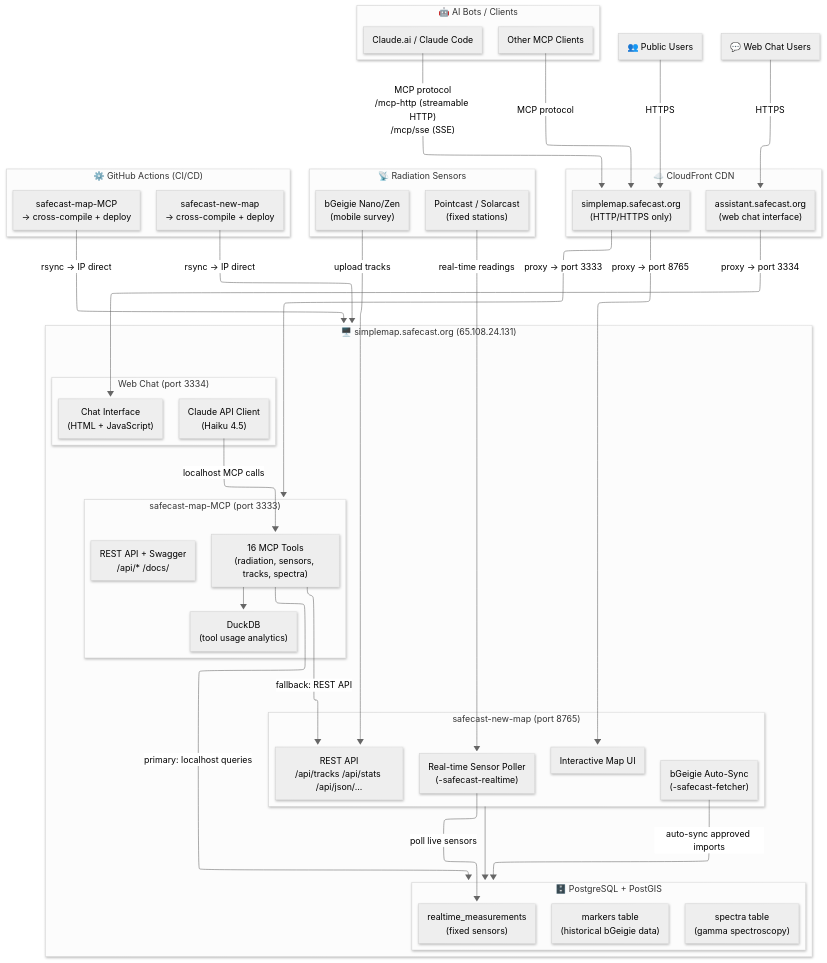
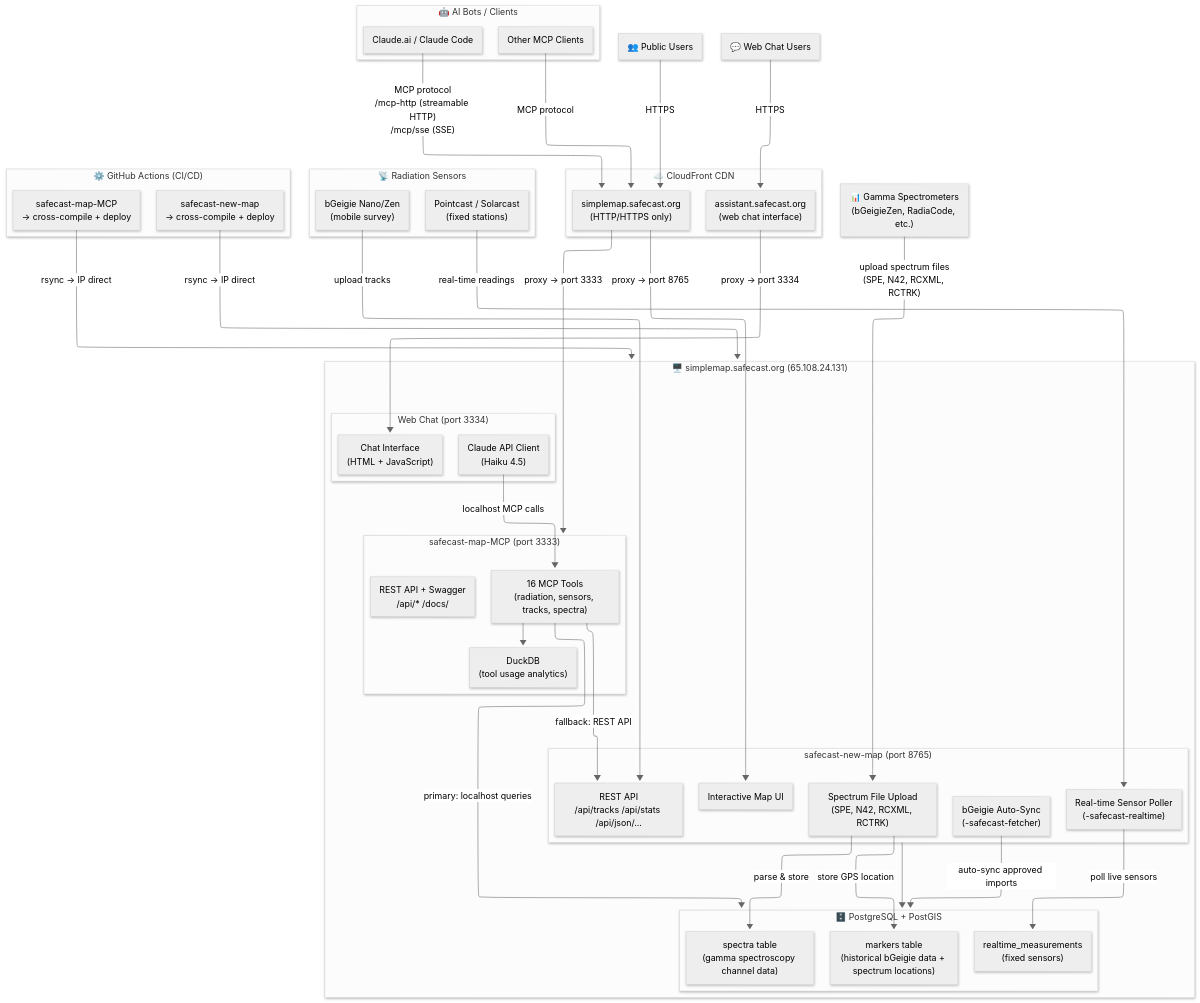
One commit to Safecast/safecast-map-MCP changed the diagram in docs/ARCHITECTURE.md. Above: the diagram before and after it, drawn with Mermaid. The commit also changed other lines of this file and 2 other files, not shown here.

Commit message:
feat: Document gamma spectroscopy spectrum file upload, processing, and storage within the system architecture. Entire-Checkpoint: 0481df55f17d

````diff
--- a/docs/ARCHITECTURE.md
+++ b/docs/ARCHITECTURE.md
@@ -9,69 +9,73 @@
 ```mermaid
 ---
 config:
   layout: elk
   theme: neutral
   look: neo
 ---
 flowchart TB
  subgraph AI["🤖 AI Bots / Clients"]
         Claude["Claude.ai / Claude Code"]
         Other["Other MCP Clients"]
   end
  subgraph CDN["☁️ CloudFront CDN"]
         CF["simplemap.safecast.org\n(HTTP/HTTPS only)"]
         Assistant["assistant.safecast.org\n(web chat interface)"]
   end
  subgraph MCP["safecast-map-MCP (port 3333)"]
         MCPTools["16 MCP Tools\n(radiation, sensors, tracks, spectra)"]
         REST_MCP["REST API + Swagger\n/api/* /docs/"]
         DuckDB["DuckDB\n(tool usage analytics)"]
   end
  subgraph MapServer["safecast-new-map (port 8765)"]
         MapUI["Interactive Map UI"]
         REST_Map["REST API\n/api/tracks /api/stats /api/json/..."]
         Fetcher["bGeigie Auto-Sync\n(-safecast-fetcher)"]
         RTPoller["Real-time Sensor Poller\n(-safecast-realtime)"]
+        SpectraUpload["Spectrum File Upload\n(SPE, N42, RCXML, RCTRK)"]
   end
  subgraph DB["🗄️ PostgreSQL + PostGIS"]
-        markers["markers table\n(historical bGeigie data)"]
+        markers["markers table\n(historical bGeigie data + spectrum locations)"]
         realtime["realtime_measurements\n(fixed sensors)"]
-        spectra["spectra table\n(gamma spectroscopy)"]
+        spectra["spectra table\n(gamma spectroscopy channel data)"]
   end
  subgraph WebChat["Web Chat (port 3334)"]
         ChatUI["Chat Interface\n(HTML + JavaScript)"]
         ClaudeAPI["Claude API Client\n(Haiku 4.5)"]
   end
  subgraph Server["🖥️ simplemap.safecast.org (65.108.24.131)"]
         MCP
         MapServer
         WebChat
         DB
   end
  subgraph Devices["📡 Radiation Sensors"]
         bGeigie["bGeigie Nano/Zen\n(mobile survey)"]
         Fixed["Pointcast / Solarcast\n(fixed stations)"]
   end
  subgraph CICD["⚙️ GitHub Actions (CI/CD)"]
         GH_MCP["safecast-map-MCP\n→ cross-compile + deploy"]
         GH_Map["safecast-new-map\n→ cross-compile + deploy"]
   end
     MCPTools --> DuckDB
     MCPTools -- primary: localhost queries --> DB
     MapServer --> DB
     Fetcher -- "auto-sync approved imports" --> DB
     RTPoller -- poll live sensors --> realtime
     Claude -- "MCP protocol\n/mcp-http (streamable HTTP)\n/mcp/sse (SSE)" --> CF
     Other -- MCP protocol --> CF
     CF -- proxy → port 3333 --> MCP
     MCPTools -- fallback: REST API --> REST_Map
     Users["👥 Public Users"] -- HTTPS --> CF
     CF -- proxy → port 8765 --> MapUI
     WebUsers["💬 Web Chat Users"] -- HTTPS --> Assistant
     Assistant -- proxy → port 3334 --> ChatUI
     ClaudeAPI -- "localhost MCP calls" --> MCPTools
     bGeigie -- upload tracks --> REST_Map
     Fixed -- "real-time readings" --> RTPoller
+    Spectrometers["📊 Gamma Spectrometers\n(bGeigieZen, RadiaCode, etc.)"] -- "upload spectrum files\n(SPE, N42, RCXML, RCTRK)" --> SpectraUpload
+    SpectraUpload -- "parse & store" --> spectra
+    SpectraUpload -- "store GPS location" --> markers
     GH_MCP -- rsync → IP direct --> Server
     GH_Map -- rsync → IP direct --> Server
 ```
````
